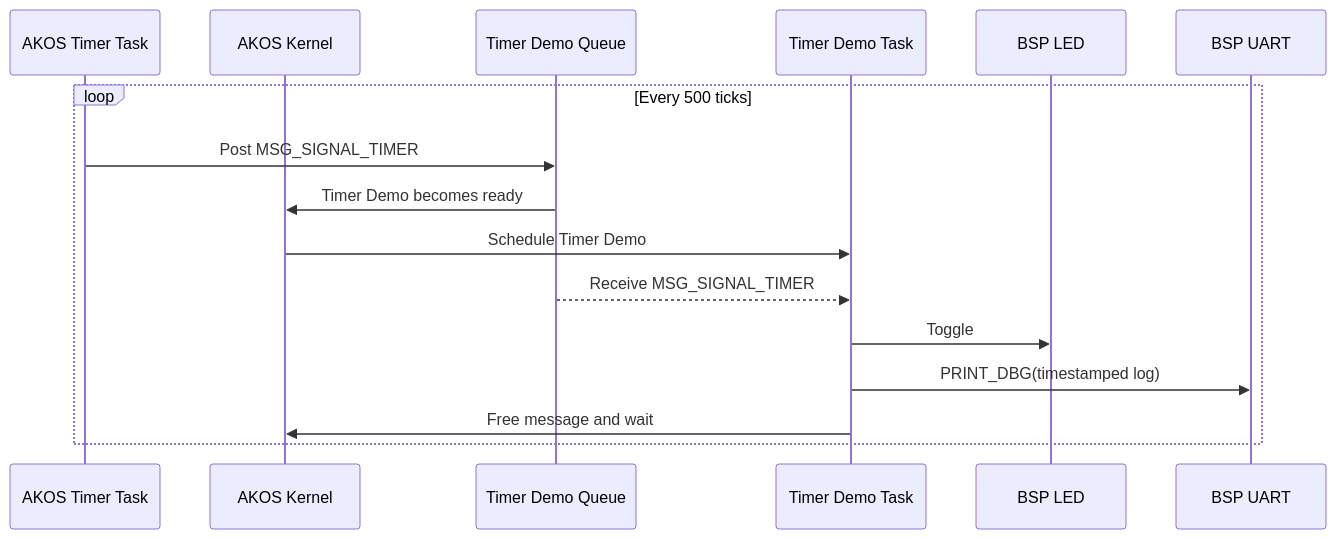
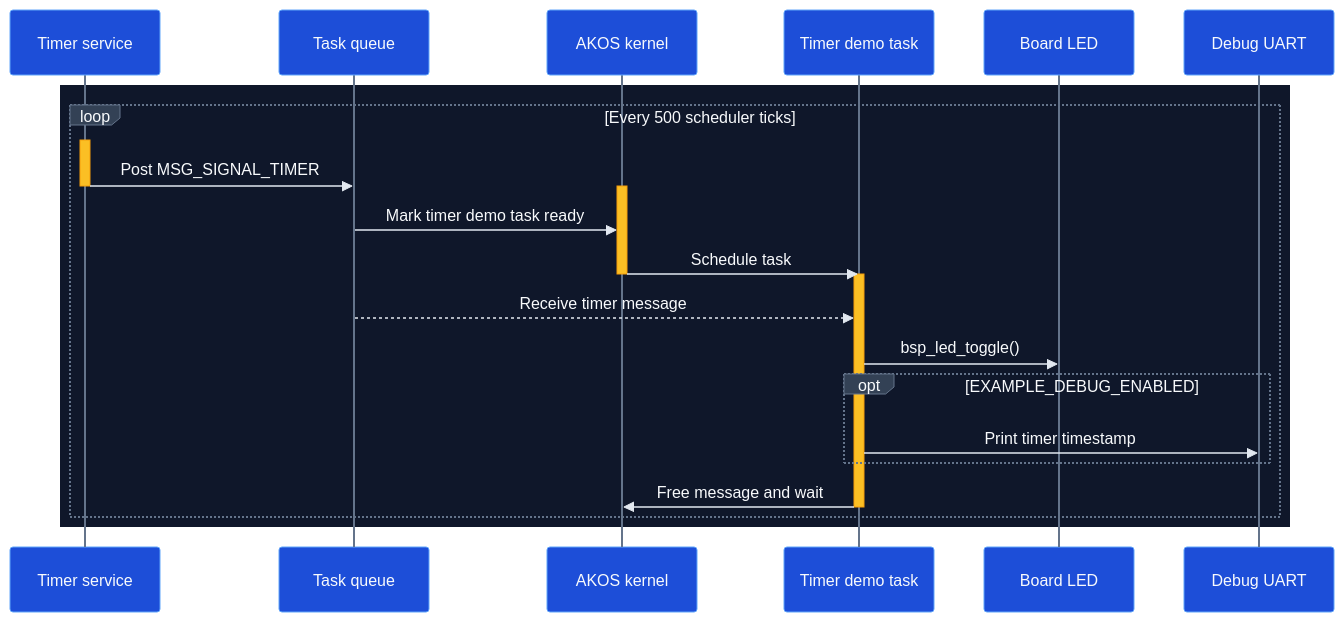
One commit to the-ak-foundation/akos changed the diagram in examples/timer/README.md. Above: the diagram before and after it, drawn with Mermaid. The commit also changed other lines of this file and 7 other files, not shown here.

````diff
--- a/examples/timer/README.md
+++ b/examples/timer/README.md
@@ -9,19 +7,58 @@
 ```mermaid
+---
+config:
+  theme: base
+  themeVariables:
+    background: "#0f172a"
+    primaryColor: "#1d4ed8"
+    primaryTextColor: "#f8fafc"
+    primaryBorderColor: "#60a5fa"
+    lineColor: "#94a3b8"
+    secondaryColor: "#334155"
+    tertiaryColor: "#1e293b"
+    actorBkg: "#1d4ed8"
+    actorBorder: "#60a5fa"
+    actorTextColor: "#f8fafc"
+    actorLineColor: "#64748b"
+    signalColor: "#e2e8f0"
+    signalTextColor: "#f8fafc"
+    labelBoxBkgColor: "#334155"
+    labelBoxBorderColor: "#64748b"
+    labelTextColor: "#f8fafc"
+    loopTextColor: "#f8fafc"
+    noteBkgColor: "#422006"
+    noteBorderColor: "#fbbf24"
+    noteTextColor: "#fef3c7"
+    activationBkgColor: "#fbbf24"
+    activationBorderColor: "#f59e0b"
+---
 sequenceDiagram
-    participant Timer as AKOS Timer Task
-    participant Kernel as AKOS Kernel
-    participant Queue as Timer Demo Queue
-    participant App as Timer Demo Task
-    participant LED as BSP LED
-    participant UART as BSP UART
+    participant Timer as Timer service
+    participant Queue as Task queue
+    participant Kernel as AKOS kernel
+    participant Task as Timer demo task
+    participant LED as Board LED
+    participant UART as Debug UART
 
-    loop Every 500 ticks
-        Timer->>Queue: Post MSG_SIGNAL_TIMER
-        Queue->>Kernel: Timer Demo becomes ready
-        Kernel->>App: Schedule Timer Demo
-        Queue-->>App: Receive MSG_SIGNAL_TIMER
-        App->>LED: Toggle
-        App->>UART: PRINT_DBG(timestamped log)
-        App->>Kernel: Free message and wait
+    rect rgb(15, 23, 42)
+        loop Every 500 scheduler ticks
+            activate Timer
+            Timer->>Queue: Post MSG_SIGNAL_TIMER
+            deactivate Timer
+
+            activate Kernel
+            Queue->>Kernel: Mark timer demo task ready
+            Kernel->>Task: Schedule task
+            deactivate Kernel
+
+            activate Task
+            Queue-->>Task: Receive timer message
+            Task->>LED: bsp_led_toggle()
+            opt EXAMPLE_DEBUG_ENABLED
+                Task->>UART: Print timer timestamp
+            end
+            Task->>Kernel: Free message and wait
+            deactivate Task
+        end
     end
 ```
````
